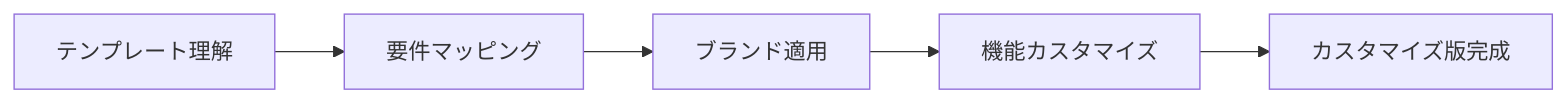
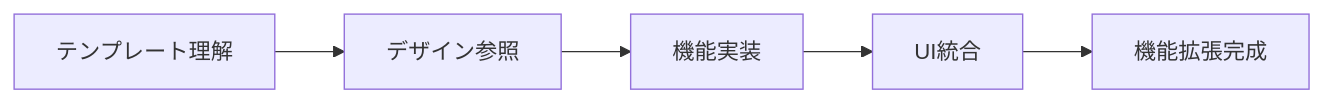
The fourth of 6 diagrams in README.md (PLUG365/DecisionFlow), drawn with Mermaid before and after one commit. The commit also changed other lines of this file and 1 other file, not shown here.

````diff
--- a/README.md
+++ b/README.md
@@ -201,7 +220,7 @@
 ```mermaid
 graph LR
-    A[テンプレート理解] --> B[要件マッピング]
-    B --> C[ブランド適用]
-    C --> D[機能カスタマイズ]
-    D --> E[カスタマイズ版完成]
+    A[テンプレート理解] --> B[デザイン参照]
+    B --> C[機能実装]
+    C --> D[UI統合]
+    D --> E[機能拡張完成]
 ```
````
